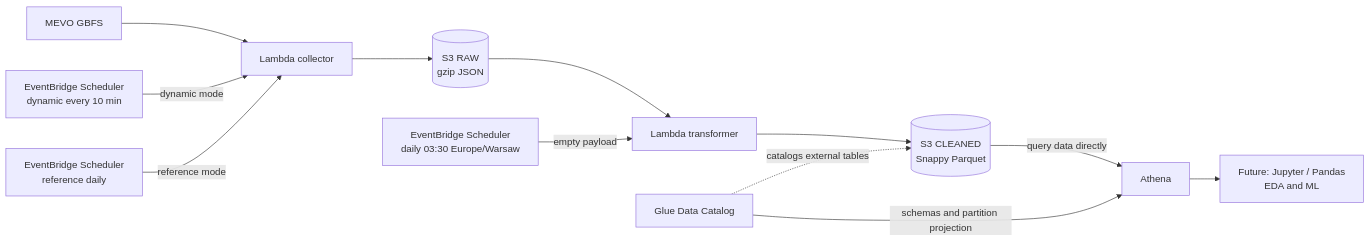
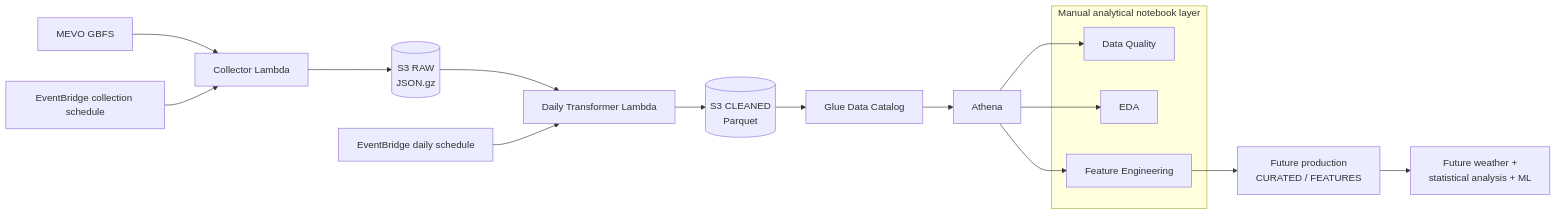
Before and after one commit to s194586/mevo-urban-mobility-analytics: the diagram in README.md, drawn with Mermaid. The commit also changed other lines of this file and 1 other file, not shown here.

````diff
--- a/README.md
+++ b/README.md
@@ -23,26 +9,35 @@
 ```mermaid
 flowchart LR
     GBFS[MEVO GBFS]
-    DYNAMIC[EventBridge Scheduler<br/>dynamic every 10 min]
-    REFERENCE[EventBridge Scheduler<br/>reference daily]
-    COLLECTOR[Lambda collector]
-    RAW[(S3 RAW<br/>gzip JSON)]
-    CLEAN_SCHEDULE[EventBridge Scheduler<br/>daily 03:30 Europe/Warsaw]
-    TRANSFORMER[Lambda transformer]
-    CLEANED[(S3 CLEANED<br/>Snappy Parquet)]
+    COLLECT_SCHEDULE[EventBridge collection schedule]
+    TRANSFORM_SCHEDULE[EventBridge daily schedule]
+    COLLECTOR[Collector Lambda]
+    RAW[(S3 RAW<br/>JSON.gz)]
+    TRANSFORMER[Daily Transformer Lambda]
+    CLEANED[(S3 CLEANED<br/>Parquet)]
     GLUE[Glue Data Catalog]
     ATHENA[Athena]
-    ANALYTICS[Future: Jupyter / Pandas<br/>EDA and ML]
+
+    subgraph NOTEBOOKS[Manual analytical notebook layer]
+        DQ[Data Quality]
+        EDA[EDA]
+        FE[Feature Engineering]
+    end
+
+    FEATURES[Future production<br/>CURATED / FEATURES]
+    ML[Future weather +<br/>statistical analysis + ML]
 
     GBFS --> COLLECTOR
-    DYNAMIC -->|dynamic mode| COLLECTOR
-    REFERENCE -->|reference mode| COLLECTOR
+    COLLECT_SCHEDULE --> COLLECTOR
     COLLECTOR --> RAW
-    CLEAN_SCHEDULE -->|empty payload| TRANSFORMER
     RAW --> TRANSFORMER
+    TRANSFORM_SCHEDULE --> TRANSFORMER
     TRANSFORMER --> CLEANED
-    GLUE -. catalogs external tables .-> CLEANED
-    GLUE -->|schemas and partition projection| ATHENA
-    CLEANED -->|query data directly| ATHENA
-    ATHENA --> ANALYTICS
+    CLEANED --> GLUE
+    GLUE --> ATHENA
+    ATHENA --> DQ
+    ATHENA --> EDA
+    ATHENA --> FE
+    FE --> FEATURES
+    FEATURES --> ML
 ```
````
